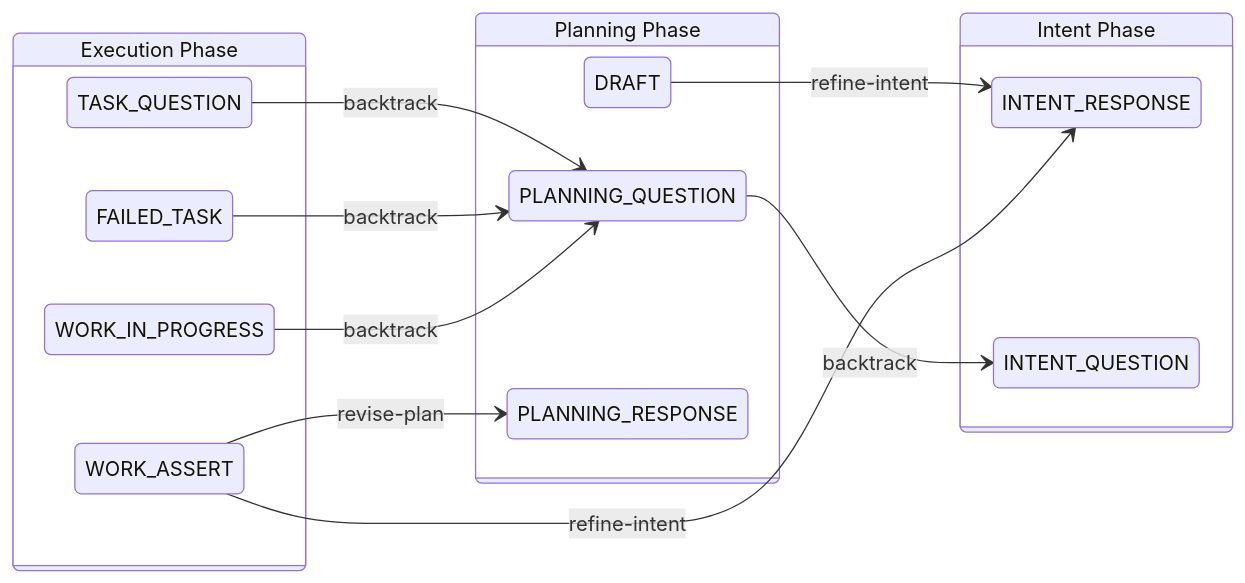
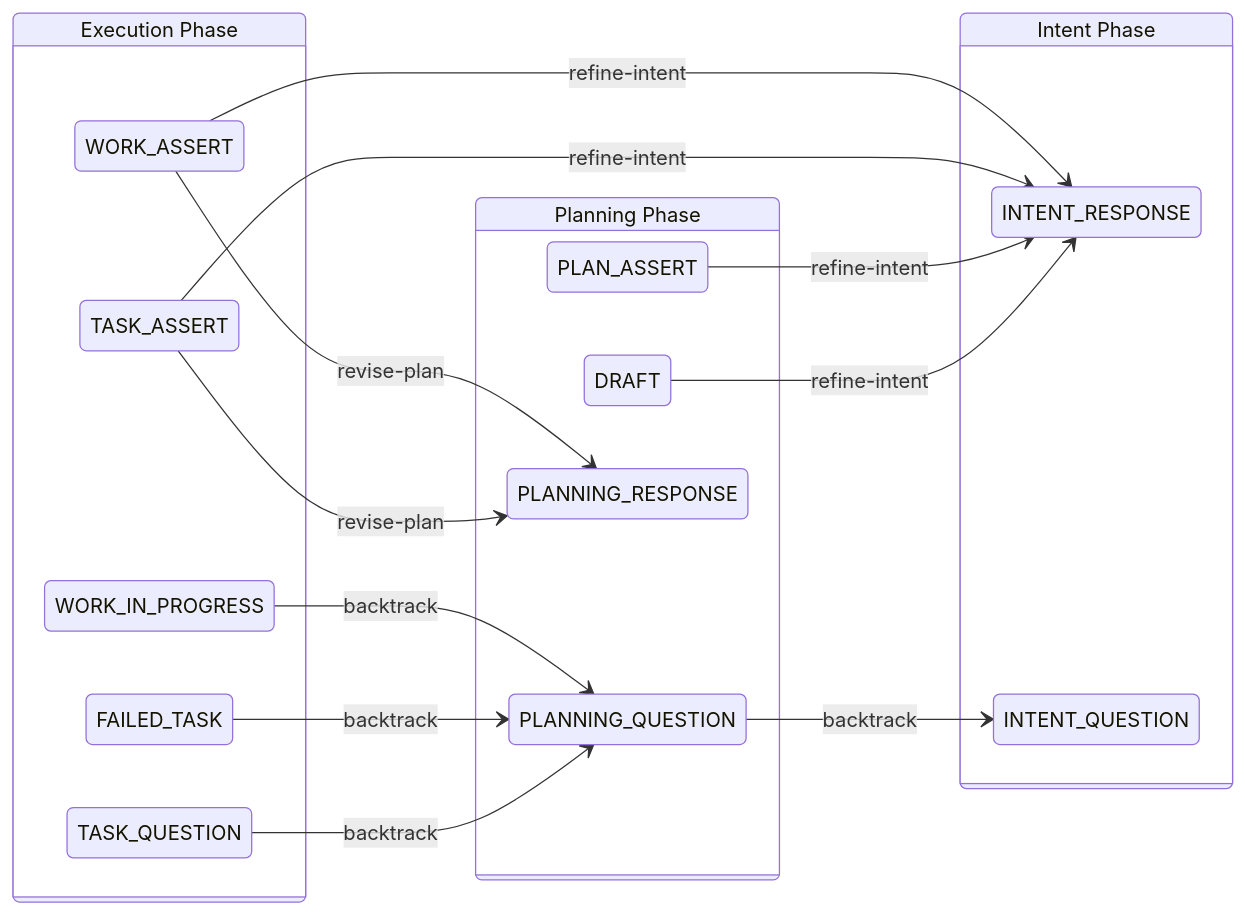
Before and after one commit to dlewissandy/teaparty: the fifth of 5 diagrams in docs/cfa-state-machine.md, drawn with Mermaid. The commit also changed other lines of this file and 1 other file, not shown here.

````diff
--- a/docs/cfa-state-machine.md
+++ b/docs/cfa-state-machine.md
@@ -232,31 +232,36 @@
 ```mermaid
 stateDiagram-v2
     direction LR
 
     state "Intent Phase" as intent {
         i1: INTENT_RESPONSE
         i2: INTENT_QUESTION
     }
 
     state "Planning Phase" as planning {
         p1: DRAFT
         p2: PLANNING_QUESTION
         p3: PLANNING_RESPONSE
+        p4: PLAN_ASSERT
     }
 
     state "Execution Phase" as execution {
         e1: TASK_QUESTION
         e2: FAILED_TASK
         e3: WORK_IN_PROGRESS
         e4: WORK_ASSERT
+        e5: TASK_ASSERT
     }
 
     p1 --> i1 : refine-intent
     p2 --> i2 : backtrack
+    p4 --> i1 : refine-intent
 
     e1 --> p2 : backtrack
     e2 --> p2 : backtrack
     e3 --> p2 : backtrack
+    e5 --> p3 : revise-plan
+    e5 --> i1 : refine-intent
     e4 --> p3 : revise-plan
     e4 --> i1 : refine-intent
 ```
````
